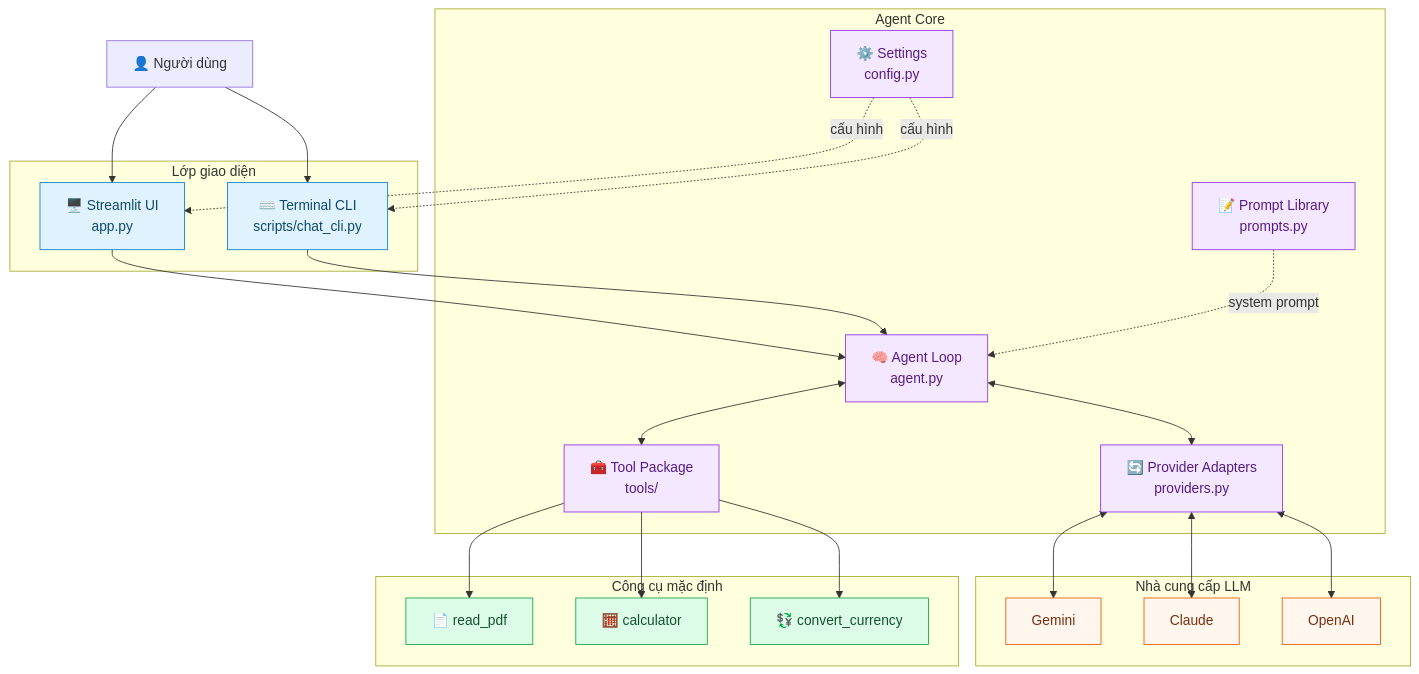
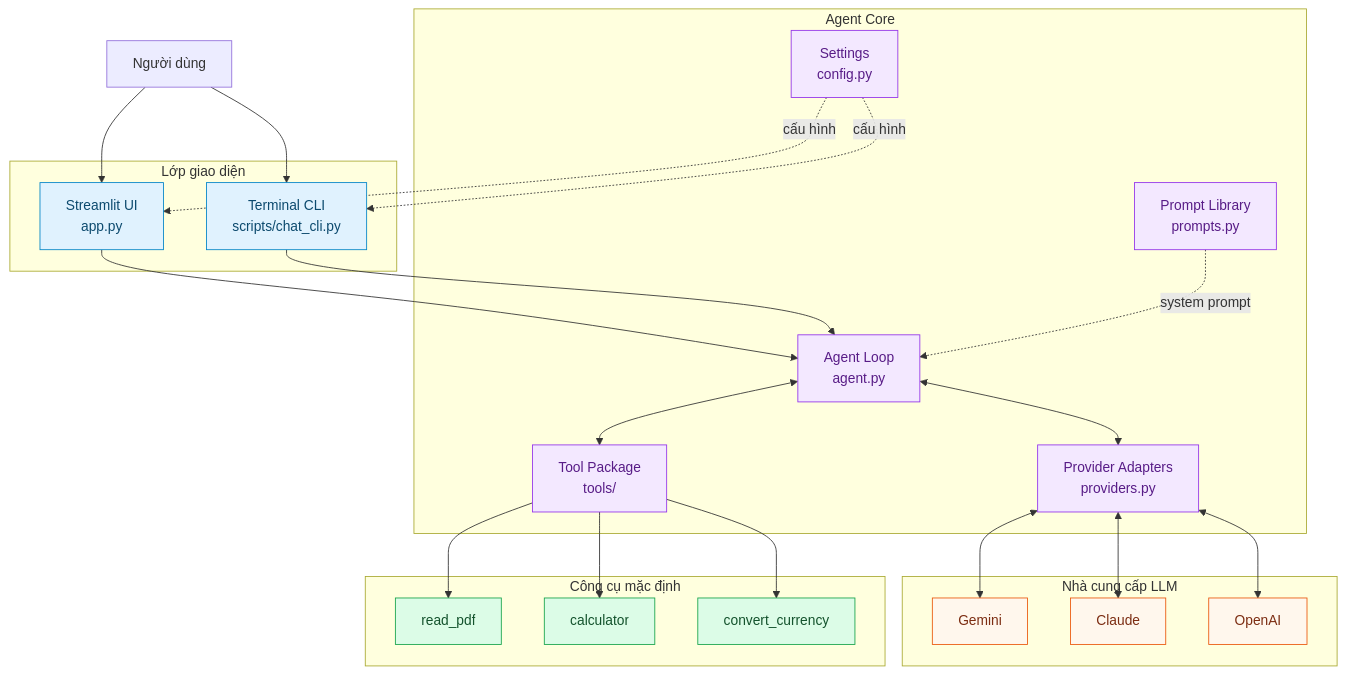
One commit to breslee1707/AI_AGENT_FROM_ZERO changed the second of 3 diagrams in README.md. Above: the diagram before and after it, drawn with Mermaid. The commit also changed other lines of this file, not shown here.

````diff
--- a/README.md
+++ b/README.md
@@ -66,54 +68,54 @@
 ```mermaid
 flowchart TB
-    U["👤 Người dùng"]
+    U["Người dùng"]
 
     subgraph I["Lớp giao diện"]
-        WEB["🖥️ Streamlit UI<br/>app.py"]
-        CLI["⌨️ Terminal CLI<br/>scripts/chat_cli.py"]
+        WEB["Streamlit UI<br/>app.py"]
+        CLI["Terminal CLI<br/>scripts/chat_cli.py"]
     end
 
     subgraph C["Agent Core"]
-        AGENT["🧠 Agent Loop<br/>agent.py"]
-        PROMPT["📝 Prompt Library<br/>prompts.py"]
-        CONFIG["⚙️ Settings<br/>config.py"]
-        ADAPTER["🔄 Provider Adapters<br/>providers.py"]
-        REGISTRY["🧰 Tool Package<br/>tools/"]
+        AGENT["Agent Loop<br/>agent.py"]
+        PROMPT["Prompt Library<br/>prompts.py"]
+        CONFIG["Settings<br/>config.py"]
+        ADAPTER["Provider Adapters<br/>providers.py"]
+        REGISTRY["Tool Package<br/>tools/"]
     end
 
     subgraph L["Nhà cung cấp LLM"]
         GEMINI["Gemini"]
         CLAUDE["Claude"]
         OPENAI["OpenAI"]
     end
 
     subgraph T["Công cụ mặc định"]
-        PDF["📄 read_pdf"]
-        CALC["🧮 calculator"]
-        FX["💱 convert_currency"]
+        PDF["read_pdf"]
+        CALC["calculator"]
+        FX["convert_currency"]
     end
 
     U --> WEB
     U --> CLI
     WEB --> AGENT
     CLI --> AGENT
     CONFIG -. cấu hình .-> WEB
     CONFIG -. cấu hình .-> CLI
     PROMPT -. system prompt .-> AGENT
     AGENT <--> ADAPTER
     ADAPTER <--> GEMINI
     ADAPTER <--> CLAUDE
     ADAPTER <--> OPENAI
     AGENT <--> REGISTRY
     REGISTRY --> PDF
     REGISTRY --> CALC
     REGISTRY --> FX
 
     classDef interface fill:#E0F2FE,stroke:#0284C7,color:#0C4A6E;
     classDef core fill:#F3E8FF,stroke:#9333EA,color:#581C87;
     classDef provider fill:#FFF7ED,stroke:#EA580C,color:#7C2D12;
     classDef tool fill:#DCFCE7,stroke:#16A34A,color:#14532D;
     class WEB,CLI interface;
     class AGENT,PROMPT,CONFIG,ADAPTER,REGISTRY core;
     class GEMINI,CLAUDE,OPENAI provider;
     class PDF,CALC,FX tool;
 ```
````
